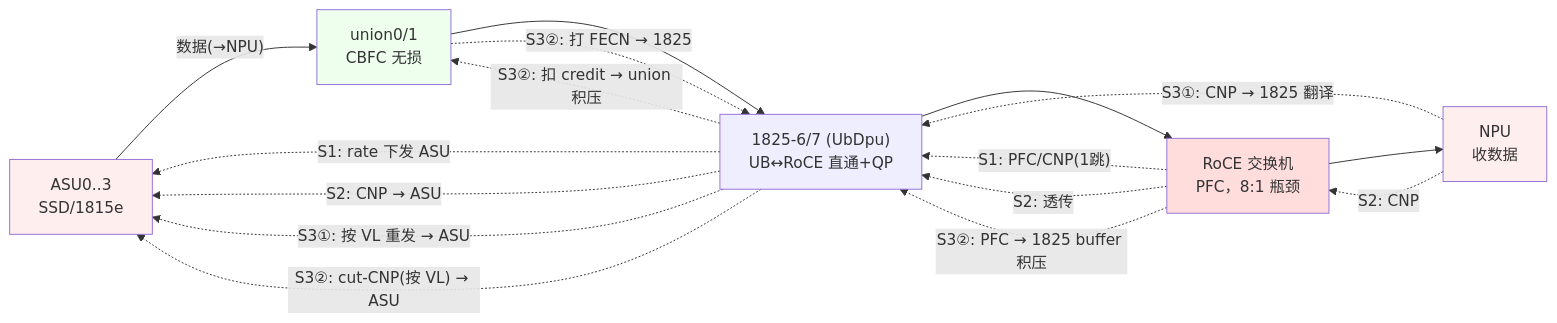
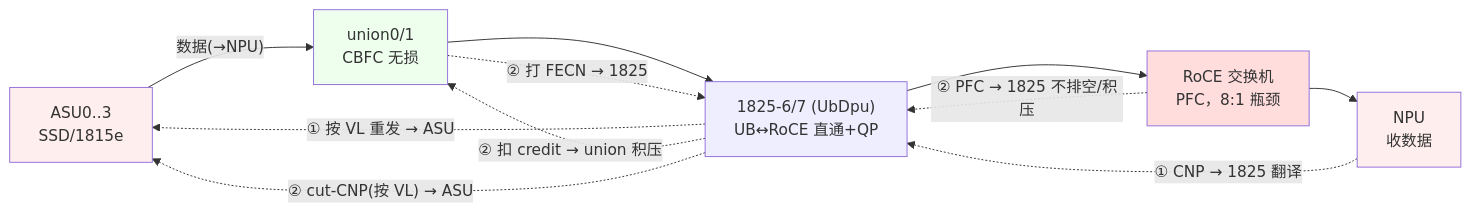
The fourth of 6 diagrams in doc/architecture/kv-cache-offload-cc-schemes.md (dongsanche/kv_roce), drawn with Mermaid before and after one commit. The commit also changed other lines of this file, not shown here.

Commit message:
docs(kv-offload): split scheme 1/2/3 signal-direction diagrams into three figures

````diff
--- a/doc/architecture/kv-cache-offload-cc-schemes.md
+++ b/doc/architecture/kv-cache-offload-cc-schemes.md
@@ -53,30 +98,20 @@
 ```mermaid
 flowchart LR
   a0["ASU0..3<br/>SSD/1815e"]:::asu
   u["union0/1<br/>CBFC 无损"]:::un
   d["1825-6/7 (UbDpu)<br/>UB↔RoCE 直通+QP"]:::dpu
   r["RoCE 交换机<br/>PFC，8:1 瓶颈"]:::rsw
   n["NPU<br/>收数据"]:::npu
-
   a0 -- "数据(→NPU)" --> u --> d --> r --> n
-
-  r -.->|"S1: PFC/CNP(1跳)"| d
-  d -.->|"S1: rate 下发 ASU"| a0
-
-  n -.->|"S2: CNP"| r
-  r -.->|"S2: 透传"| d
-  d -.->|"S2: CNP → ASU"| a0
-
-  n -.->|"S3①: CNP → 1825 翻译"| d
-  d -.->|"S3①: 按 VL 重发 → ASU"| a0
-  r -.->|"S3②: PFC → 1825 buffer 积压"| d
-  d -.->|"S3②: 扣 credit → union 积压"| u
-  u -.->|"S3②: 打 FECN → 1825"| d
-  d -.->|"S3②: cut-CNP(按 VL) → ASU"| a0
-
+  n -.->|"① CNP → 1825 翻译"| d
+  d -.->|"① 按 VL 重发 → ASU"| a0
+  r -.->|"② PFC → 1825 不排空/积压"| d
+  d -.->|"② 扣 credit → union 积压"| u
+  u -.->|"② 打 FECN → 1825"| d
+  d -.->|"② cut-CNP(按 VL) → ASU"| a0
   classDef asu fill:#fee
   classDef un fill:#efe
   classDef dpu fill:#eef
   classDef rsw fill:#fdd
   classDef npu fill:#fee
 ```
````
